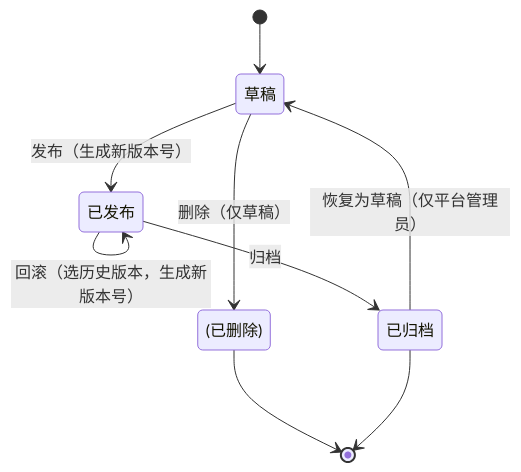
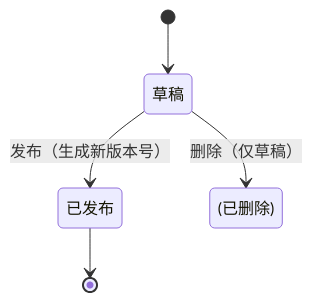
The tenth of 18 diagrams in docs/需求文档/20260709-【PRD】AI工作台-首页智能体-天马智擎.md (fri555/PORTL), drawn with Mermaid before and after one commit. The commit also changed other lines of this file, not shown here.

````diff
--- a/docs/需求文档/20260709-【PRD】AI工作台-首页智能体-天马智擎.md
+++ b/docs/需求文档/20260709-【PRD】AI工作台-首页智能体-天马智擎.md
@@ -1091,11 +1026,7 @@
 ```mermaid
 stateDiagram-v2
     [*] --> 草稿
     草稿 --> 已发布 : 发布（生成新版本号）
     草稿 --> (已删除) : 删除（仅草稿）
-    已发布 --> 已发布 : 回滚（选历史版本，生成新版本号）
-    已发布 --> 已归档 : 归档
-    已归档 --> 草稿 : 恢复为草稿（仅平台管理员）
-    (已删除) --> [*]
-    已归档 --> [*]
+    已发布 --> [*]
 ```
````
